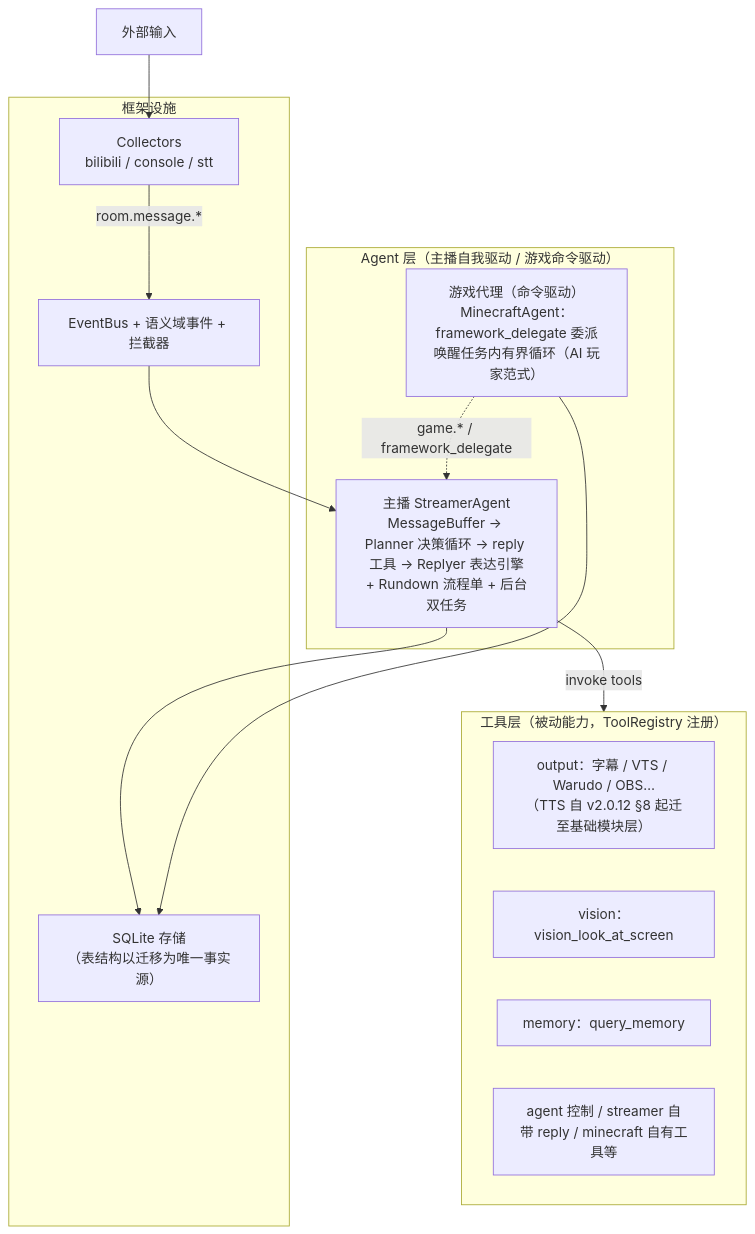
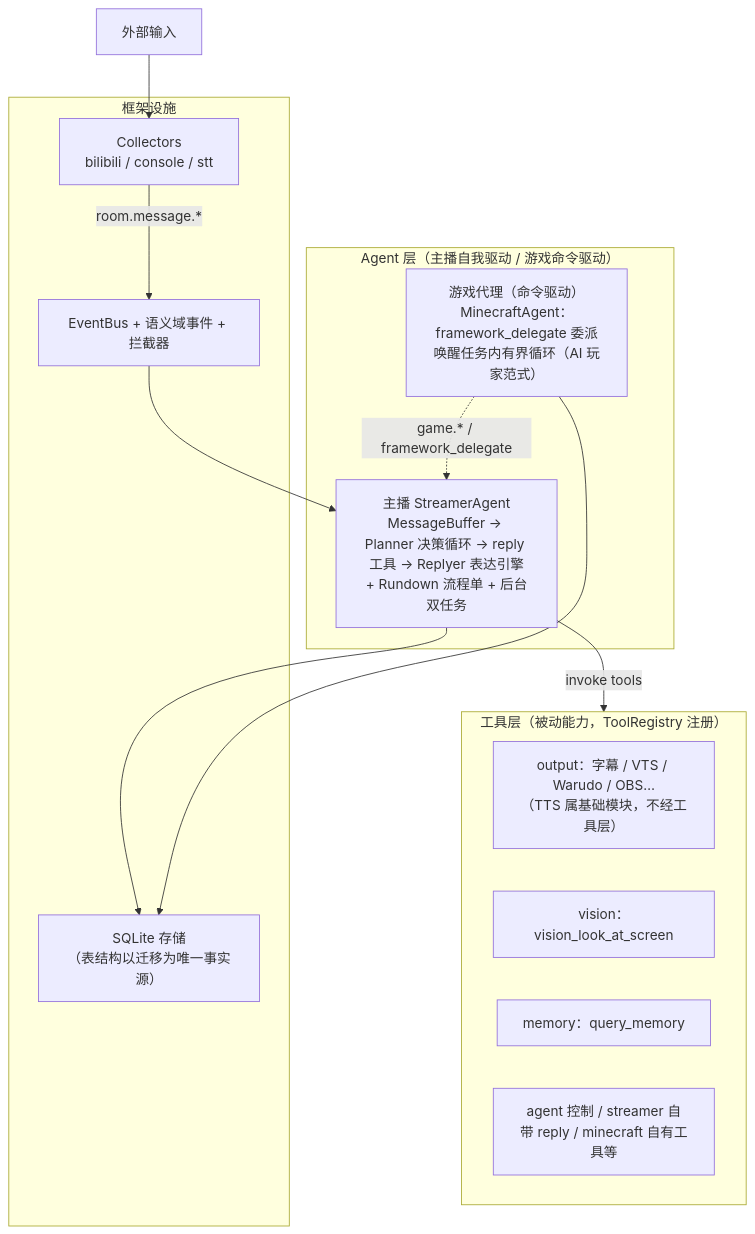
The diagram in docs/architecture/v2-architecture.md (LittleSadSheep/Amaidesu), drawn with Mermaid before and after one commit. The commit also changed other lines of this file and 10 other files, not shown here.

````diff
--- a/docs/architecture/v2-architecture.md
+++ b/docs/architecture/v2-architecture.md
@@ -114,23 +84,23 @@
 ```mermaid
 flowchart TB
     subgraph Agents["Agent 层（主播自我驱动 / 游戏命令驱动）"]
         SA["主播 StreamerAgent<br/>MessageBuffer → Planner 决策循环 → reply 工具 → Replyer 表达引擎<br/>+ Rundown 流程单 + 后台双任务"]
         GA["游戏代理（命令驱动）<br/>MinecraftAgent：framework_delegate 委派唤醒任务内有界循环（AI 玩家范式）"]
     end
     subgraph Tools["工具层（被动能力，ToolRegistry 注册）"]
-        T1["output：字幕 / VTS / Warudo / OBS…<br/>（TTS 自 v2.0.12 §8 起迁至基础模块层）"]
+        T1["output：字幕 / VTS / Warudo / OBS…<br/>（TTS 属基础模块，不经工具层）"]
         T2["vision：vision_look_at_screen"]
         T3["memory：query_memory"]
         T4["agent 控制 / streamer 自带 reply / minecraft 自有工具等"]
     end
     subgraph Infra["框架设施"]
         COL["Collectors<br/>bilibili / console / stt"]
         BUS["EventBus + 语义域事件 + 拦截器"]
         STO["SQLite 存储<br/>（表结构以迁移为唯一事实源）"]
     end
     EXT["外部输入"] --> COL -->|"room.message.*"| BUS
     BUS --> SA
     GA -.->|"game.* / framework_delegate"| SA
     SA -->|"invoke tools"| Tools
     SA & GA --> STO
 ```
````
